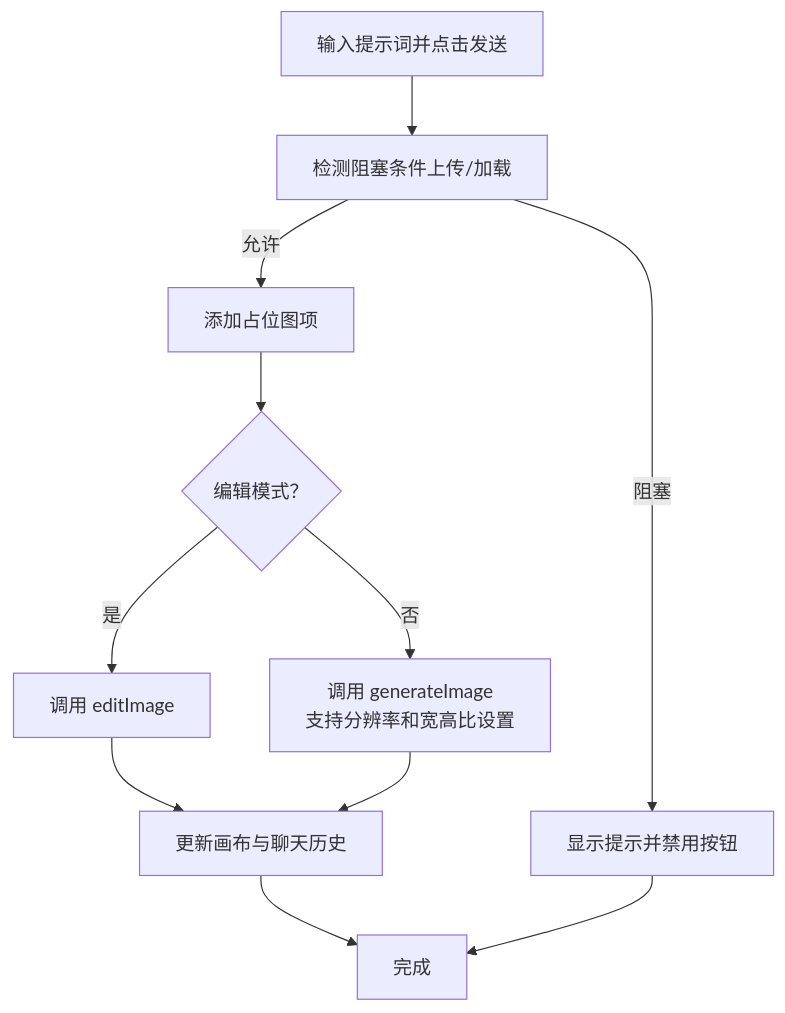
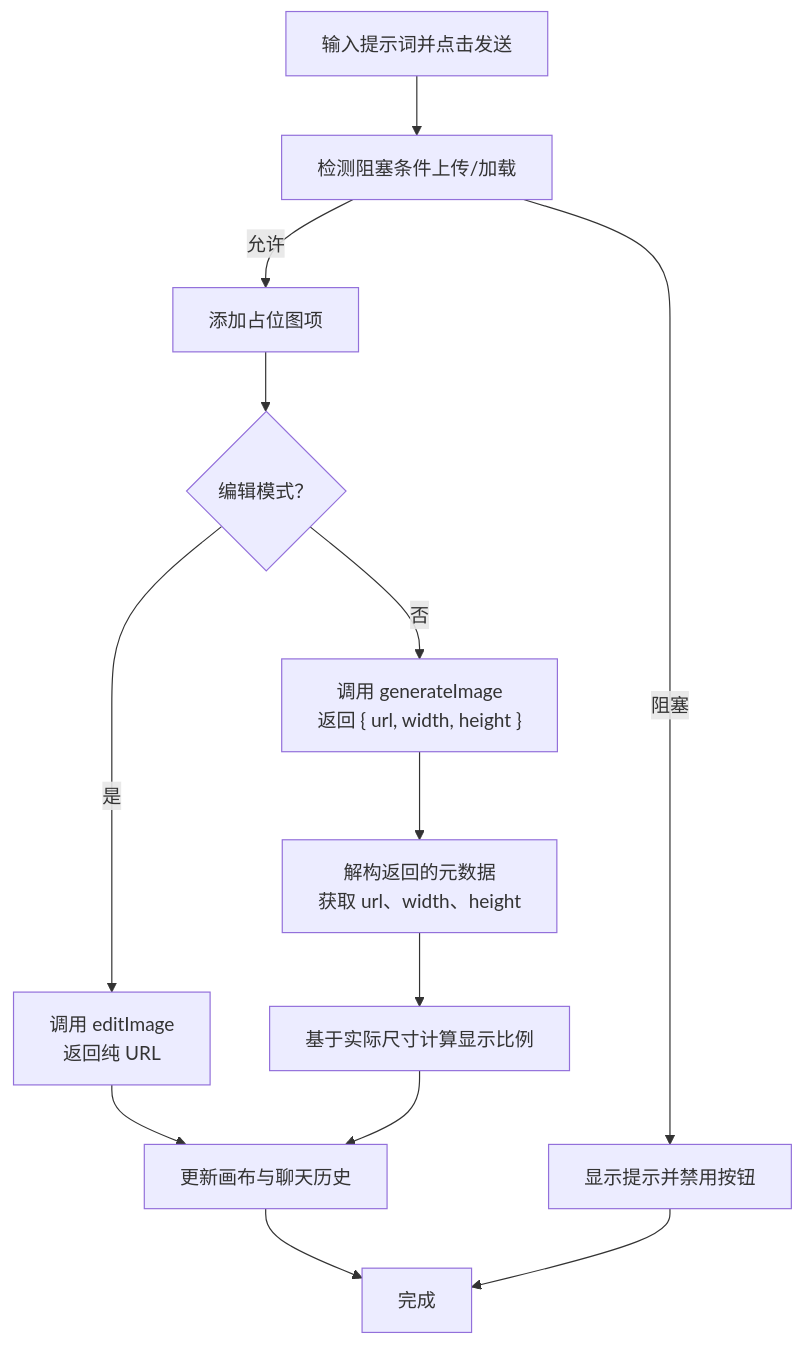
Before and after one commit to billye220670/BananaFlow2: the eighth of 12 diagrams in .qoder/repowiki/zh/content/核心功能模块/AI API 集成.md, drawn with Mermaid. The commit also changed other lines of this file and 4 other files, not shown here.

````diff
--- a/.qoder/repowiki/zh/content/核心功能模块/AI API 集成.md
+++ b/.qoder/repowiki/zh/content/核心功能模块/AI API 集成.md
@@ -311,13 +315,15 @@
 ```mermaid
 flowchart TD
 Enter["输入提示词并点击发送"] --> Block["检测阻塞条件上传/加载"]
 Block --> |阻塞| Hint["显示提示并禁用按钮"]
 Block --> |允许| PlaceHolder["添加占位图项"]
 PlaceHolder --> Mode{"编辑模式？"}
-Mode --> |是| Edit["调用 editImage"]
-Mode --> |否| Gen["调用 generateImage<br/>支持分辨率和宽高比设置"]
+Mode --> |是| Edit["调用 editImage<br/>返回纯 URL"]
+Mode --> |否| Gen["调用 generateImage<br/>返回 { url, width, height }"]
 Edit --> Result["更新画布与聊天历史"]
-Gen --> Result
+Gen --> Extract["解构返回的元数据<br/>获取 url、width、height"]
+Extract --> Calc["基于实际尺寸计算显示比例"]
+Calc --> Result
 Result --> End["完成"]
 Hint --> End
 ```
````
